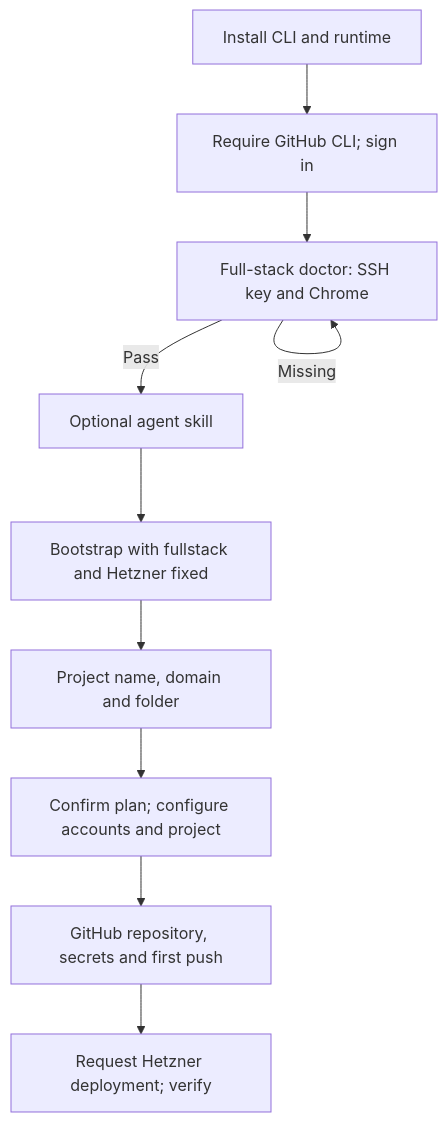
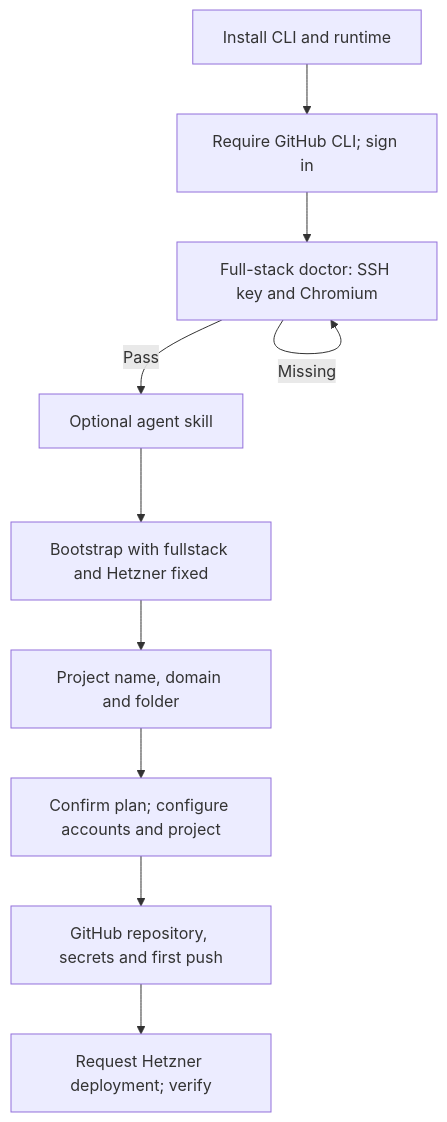
One commit to Deploy-your-Startup/cli changed the first of 2 diagrams in docs/onboarding-flow.md. Above: the diagram before and after it, drawn with Mermaid. The commit also changed other lines of this file and 19 other files, not shown here.

````diff
--- a/docs/onboarding-flow.md
+++ b/docs/onboarding-flow.md
@@ -10,12 +10,12 @@
 ```mermaid
 flowchart TD
     A[Install CLI and runtime] --> B[Require GitHub CLI; sign in]
-    B --> C[Full-stack doctor: SSH key and Chrome]
+    B --> C[Full-stack doctor: SSH key and Chromium]
     C -->|Missing| C
     C -->|Pass| D[Optional agent skill]
     D --> E[Bootstrap with fullstack and Hetzner fixed]
     E --> F[Project name, domain and folder]
     F --> G[Confirm plan; configure accounts and project]
     G --> H[GitHub repository, secrets and first push]
     H --> I[Request Hetzner deployment; verify]
 ```
````
